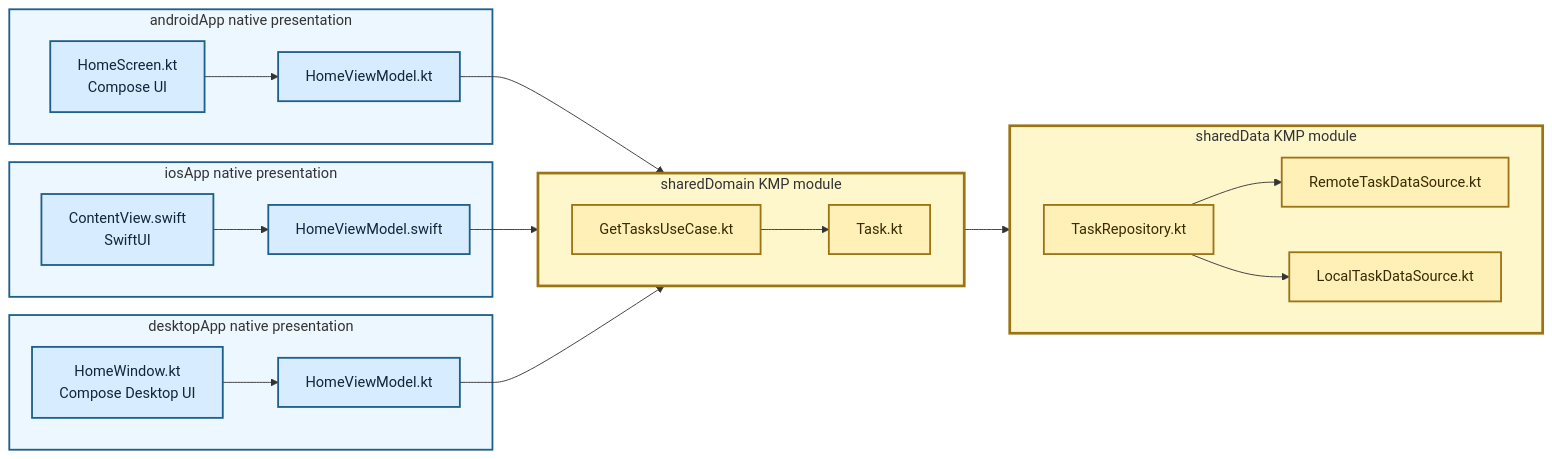
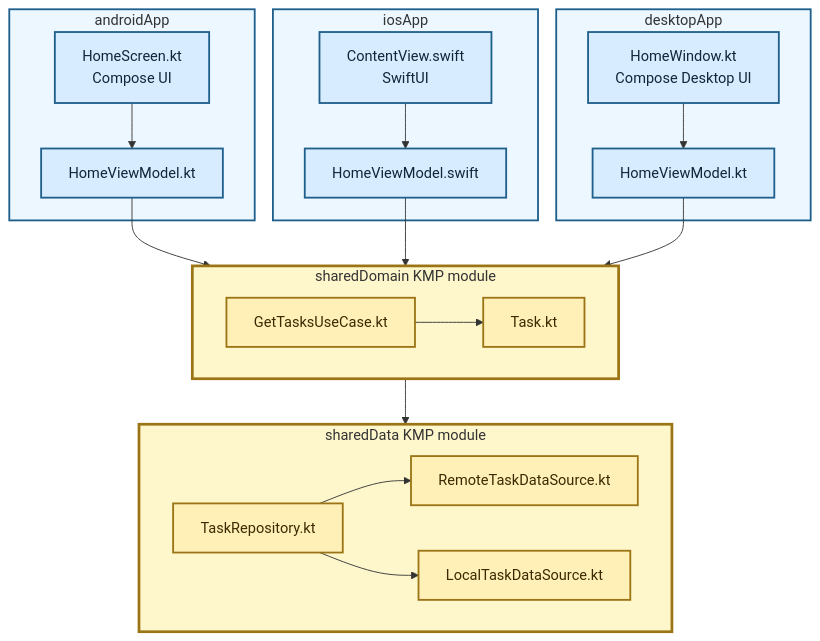
Before and after one commit to TheSetox/kmp-sample-diagrams: the diagram in diagrams/18-three-layer-kmp-domain-data.md, drawn with Mermaid. The commit also changed 19 other files, not shown here.

Commit message:
docs: align platform diagram boxes

````diff
--- a/diagrams/18-three-layer-kmp-domain-data.md
+++ b/diagrams/18-three-layer-kmp-domain-data.md
@@ -5,51 +5,51 @@
 ```mermaid
-flowchart LR
-  subgraph Android["androidApp native presentation"]
+flowchart TB
+  subgraph Android["androidApp"]
     AUI["HomeScreen.kt\nCompose UI"]
     AVM["HomeViewModel.kt"]
     AUI --> AVM
   end
 
-  subgraph IOS["iosApp native presentation"]
+  subgraph IOS["iosApp"]
     IUI["ContentView.swift\nSwiftUI"]
     IVM["HomeViewModel.swift"]
     IUI --> IVM
   end
 
-  subgraph Desktop["desktopApp native presentation"]
+  subgraph Desktop["desktopApp"]
     DUI["HomeWindow.kt\nCompose Desktop UI"]
     DVM["HomeViewModel.kt"]
     DUI --> DVM
   end
 
   subgraph Domain["sharedDomain KMP module"]
     direction LR
     UseCase["GetTasksUseCase.kt"]
     Entity["Task.kt"]
     UseCase --> Entity
   end
 
   subgraph Data["sharedData KMP module"]
     direction LR
     Repository["TaskRepository.kt"]
     Remote["RemoteTaskDataSource.kt"]
     Cache["LocalTaskDataSource.kt"]
     Repository --> Remote
     Repository --> Cache
   end
 
   AVM --> UseCase
   IVM --> UseCase
   DVM --> UseCase
   UseCase --> Repository
 
   classDef app fill:#d8ecff,stroke:#1f5f8b,color:#0f2738,stroke-width:2px;
   classDef kmp fill:#fff0b8,stroke:#9b7415,color:#3b2a00,stroke-width:2px;
   class AUI,AVM,IUI,IVM,DUI,DVM app;
   class UseCase,Entity,Repository,Remote,Cache kmp;
   style Android fill:#edf7ff,stroke:#1f5f8b,stroke-width:2px
   style IOS fill:#edf7ff,stroke:#1f5f8b,stroke-width:2px
   style Desktop fill:#edf7ff,stroke:#1f5f8b,stroke-width:2px
   style Domain fill:#fff7cc,stroke:#9b7415,stroke-width:3px
   style Data fill:#fff7cc,stroke:#9b7415,stroke-width:3px
 ```
````
